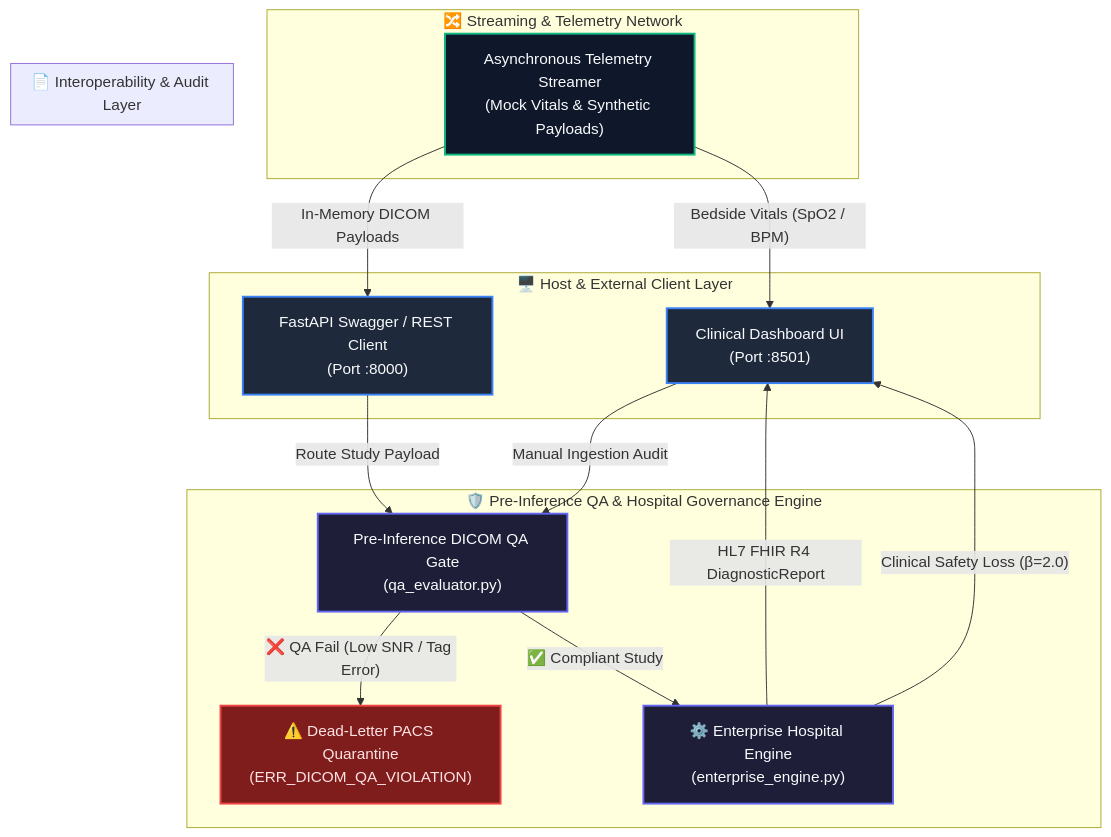
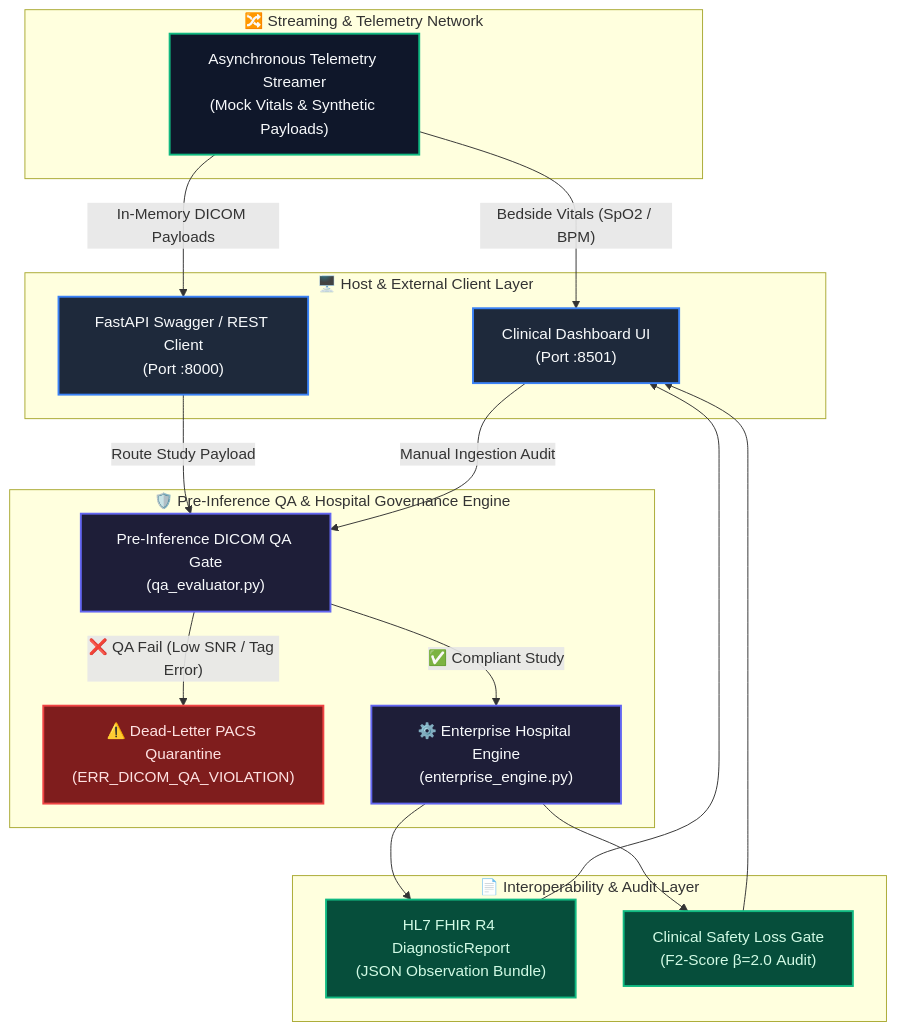
The diagram in README.md (dammyoguntuyi-ui/Clinical-AI-Triage-Pipeline), drawn with Mermaid before and after one commit.

Commit message:
docs: update README with multi-tier filtering, attending review workflow, and architecture documentation

````diff
--- a/README.md
+++ b/README.md
@@ -34,37 +34,43 @@
 ```mermaid
 flowchart TD
     subgraph Client["🖥️ Host & External Client Layer"]
         UI["Clinical Dashboard UI<br/>(Port :8501)"]
         API["FastAPI Swagger / REST Client<br/>(Port :8000)"]
     end
 
     subgraph Streaming["🔀 Streaming & Telemetry Network"]
         Streamer["Asynchronous Telemetry Streamer<br/>(Mock Vitals & Synthetic Payloads)"]
         Streamer -->|"Bedside Vitals (SpO2 / BPM)"| UI
         Streamer -->|"In-Memory DICOM Payloads"| API
     end
 
     subgraph Governance["🛡️ Pre-Inference QA & Hospital Governance Engine"]
         API -->|"Route Study Payload"| QAGate["Pre-Inference DICOM QA Gate<br/>(qa_evaluator.py)"]
         UI -->|"Manual Ingestion Audit"| QAGate
         
         QAGate -->|"❌ QA Fail (Low SNR / Tag Error)"| Quarantine["⚠️ Dead-Letter PACS Quarantine<br/>(ERR_DICOM_QA_VIOLATION)"]
         QAGate -->|"✅ Compliant Study"| Engine["⚙️ Enterprise Hospital Engine<br/>(enterprise_engine.py)"]
     end
 
     subgraph Dispatch["📄 Interoperability & Audit Layer"]
-        Engine -->|"HL7 FHIR R4 DiagnosticReport"| UI
-        Engine -->|"Clinical Safety Loss (β=2.0)"| UI
+        FHIRReport["HL7 FHIR R4 DiagnosticReport<br/>(JSON Observation Bundle)"]
+        SafetyLoss["Clinical Safety Loss Gate<br/>(F2-Score β=2.0 Audit)"]
     end
+
+    Engine --> FHIRReport
+    Engine --> SafetyLoss
+    FHIRReport --> UI
+    SafetyLoss --> UI
 
     classDef client fill:#1e293b,stroke:#3b82f6,stroke-width:2px,color:#f8fafc;
     classDef streamer fill:#0f172a,stroke:#10b981,stroke-width:2px,color:#f8fafc;
     classDef governance fill:#1e1e38,stroke:#6366f1,stroke-width:2px,color:#f8fafc;
     classDef danger fill:#7f1d1d,stroke:#ef4444,stroke-width:2px,color:#fee2e2;
     classDef dispatch fill:#064e3b,stroke:#10b981,stroke-width:2px,color:#d1fae5;
 
     class UI,API client;
     class Streamer streamer;
     class QAGate,Engine governance;
     class Quarantine danger;
+    class FHIRReport,SafetyLoss dispatch;
 ```
````
